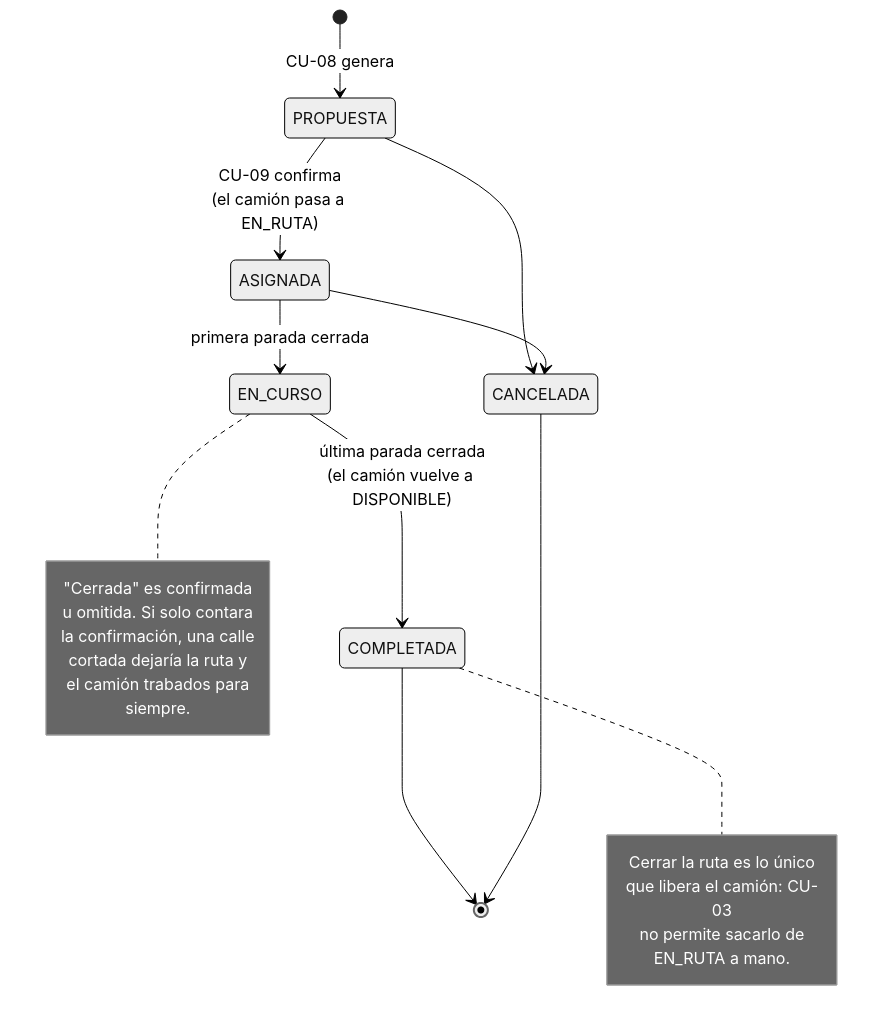
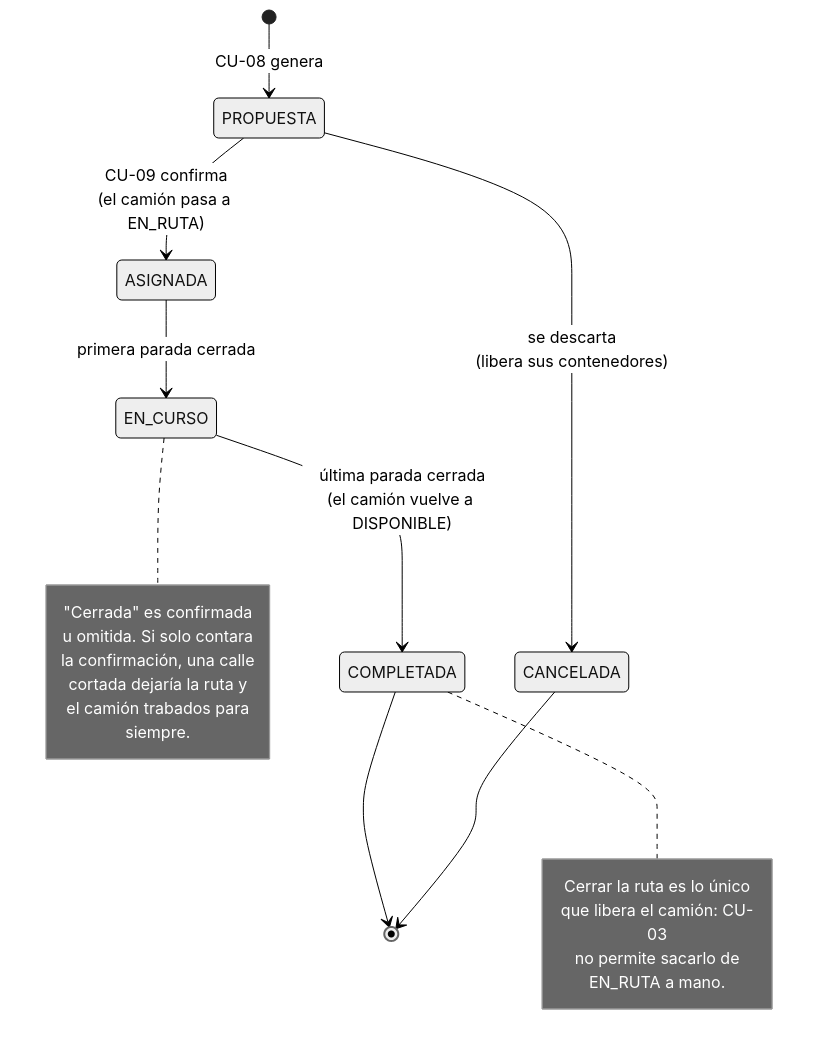
Before and after one commit to ResiduosCityPass/citypass-residuos: the ninth of 10 diagrams in docs/arquitectura/diagramas.md, drawn with Mermaid (neutral theme). The commit also changed other lines of this file and 4 other files, not shown here.

````diff
--- a/docs/arquitectura/diagramas.md
+++ b/docs/arquitectura/diagramas.md
@@ -455,27 +455,26 @@
 ```mermaid
 stateDiagram-v2
     [*] --> PROPUESTA: CU-08 genera
     PROPUESTA --> ASIGNADA: CU-09 confirma<br/>(el camión pasa a EN_RUTA)
     ASIGNADA --> EN_CURSO: primera parada cerrada
     EN_CURSO --> COMPLETADA: última parada cerrada<br/>(el camión vuelve a DISPONIBLE)
-    PROPUESTA --> CANCELADA
-    ASIGNADA --> CANCELADA
+    PROPUESTA --> CANCELADA: se descarta<br/>(libera sus contenedores)
     COMPLETADA --> [*]
     CANCELADA --> [*]
 
     note right of COMPLETADA
         Cerrar la ruta es lo único
         que libera el camión: CU-03
         no permite sacarlo de
         EN_RUTA a mano.
     end note
 
     note right of EN_CURSO
         "Cerrada" es confirmada
         u omitida. Si solo contara
         la confirmación, una calle
         cortada dejaría la ruta y
         el camión trabados para
         siempre.
     end note
 ```
````
